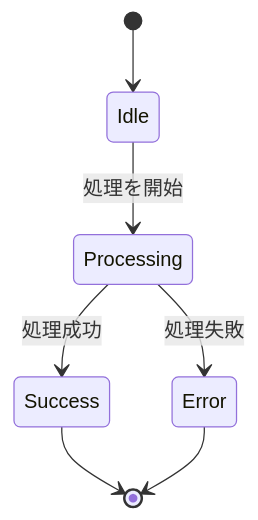
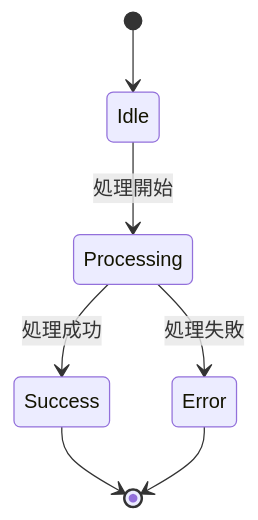
One commit to zccz14/CZON changed the fifth of 7 diagrams in .czon/src/ja-JP/8938d6aac9c056c06137a041b8e82379bfb619bb6d435b9ecec515337dd0cd69.md. Above: the diagram before and after it, drawn with Mermaid. The commit also changed other lines of this file and 38 other files, not shown here.

````diff
--- a/.czon/src/ja-JP/8938d6aac9c056c06137a041b8e82379bfb619bb6d435b9ecec515337dd0cd69.md
+++ b/.czon/src/ja-JP/8938d6aac9c056c06137a041b8e82379bfb619bb6d435b9ecec515337dd0cd69.md
@@ -90,9 +90,9 @@
 ```mermaid
 stateDiagram-v2
     [*] --> Idle
-    Idle --> Processing : 処理を開始
+    Idle --> Processing : 処理開始
     Processing --> Success : 処理成功
     Processing --> Error : 処理失敗
     Success --> [*]
     Error --> [*]
 ```
````
